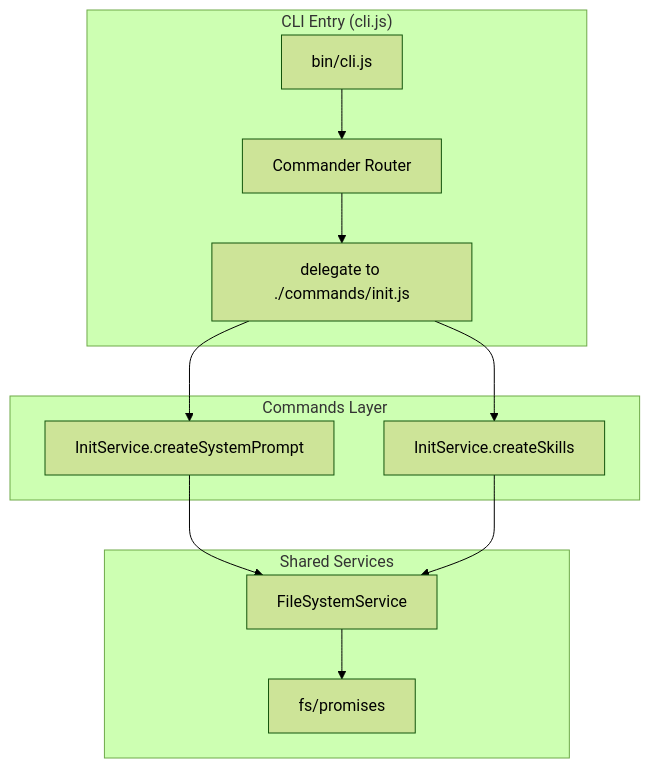
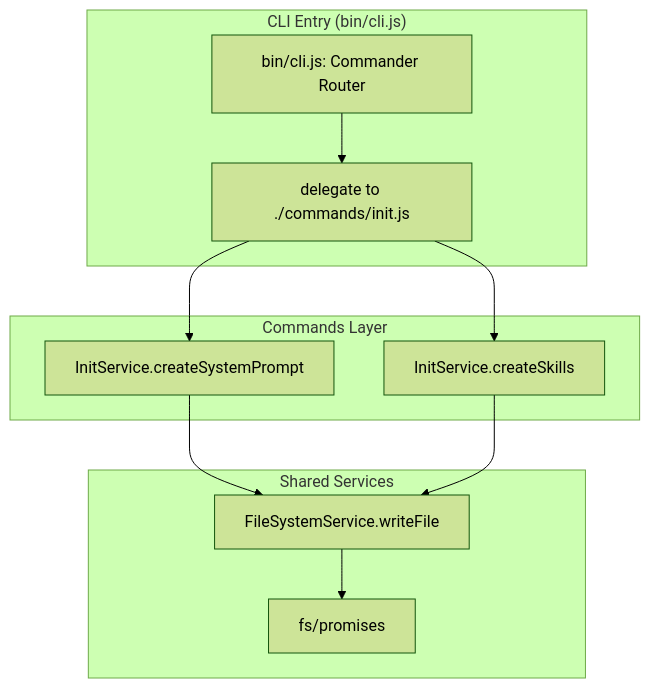
One commit to JulioCRFilho/mermaid-diagram-driven-development changed the diagram in bin/cli.spec.md. Above: the diagram before and after it, drawn with Mermaid (forest theme). The commit also changed other lines of this file, not shown here.

First line of the commit message:
docs: update CLI module spec to v4.0.0 stable with refined architecture and decision matrix

````diff
--- a/bin/cli.spec.md
+++ b/bin/cli.spec.md
@@ -27,19 +7,18 @@
 ```mermaid
-%% @spec-version v3.0.0
+%% @spec-version v4.0.0
 graph TD
-    subgraph "CLI Entry (cli.js)"
-        A[bin/cli.js] --> B[Commander Router]
-        B --> C[delegate to ./commands/init.js]
+    subgraph "CLI Entry (bin/cli.js)"
+        A[bin/cli.js: Commander Router] --> B[delegate to ./commands/init.js]
     end
 
     subgraph "Commands Layer"
-        C --> H[InitService.createSystemPrompt]
-        C --> I[InitService.createSkills]
+        B --> C[InitService.createSystemPrompt]
+        B --> D[InitService.createSkills]
     end
 
     subgraph "Shared Services"
-        H --> Q[FileSystemService]
-        I --> Q
-        Q --> R[fs/promises]
+        C --> E[FileSystemService.writeFile]
+        D --> E
+        E --> F[fs/promises]
     end
 ```
````
